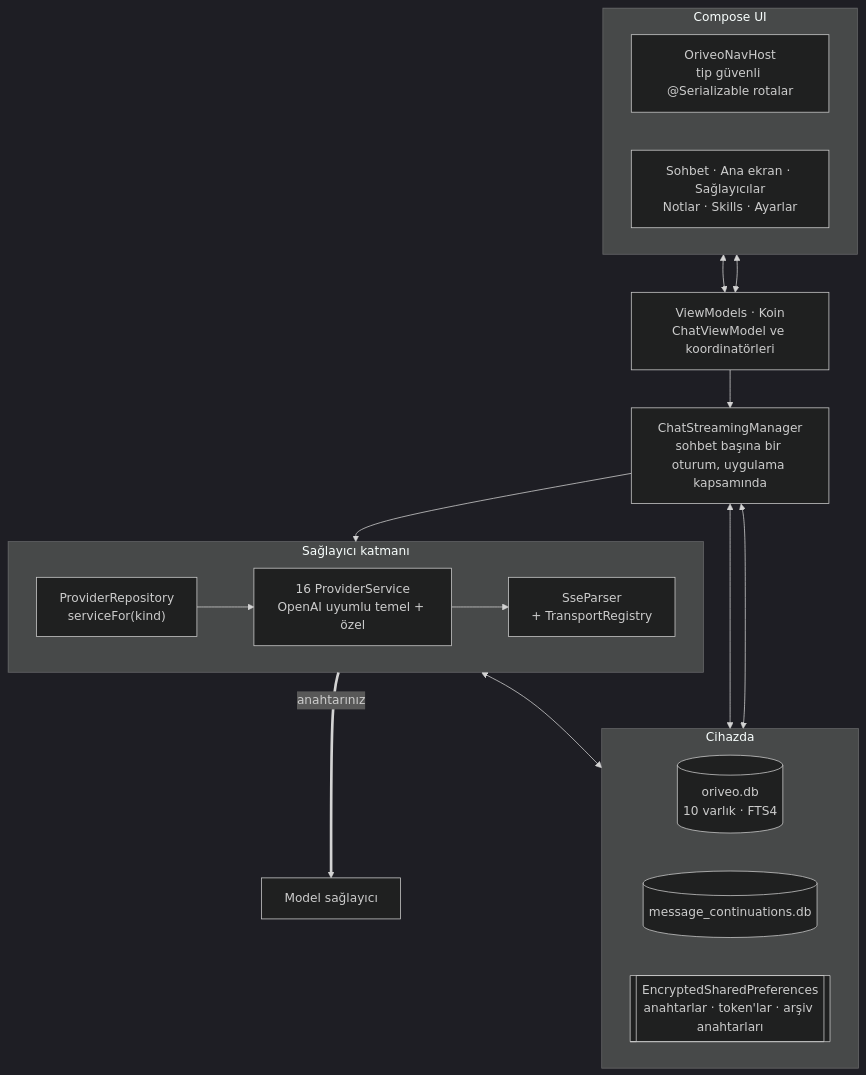
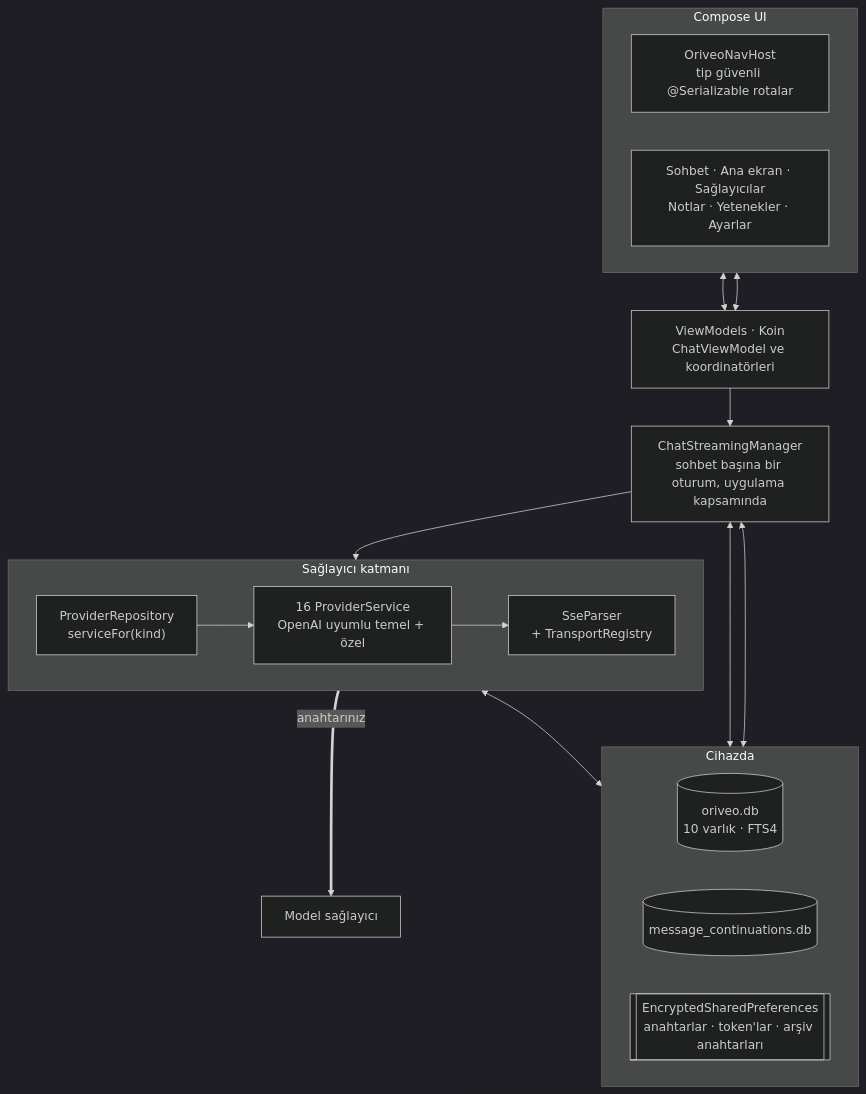
The diagram in readme_i18n/tr/android.md (oriveo/oriveo), drawn with Mermaid (dark theme) before and after one commit. The commit also changed other lines of this file and 89 other files, not shown here.

````diff
--- a/readme_i18n/tr/android.md
+++ b/readme_i18n/tr/android.md
@@ -47,34 +47,34 @@
 ```mermaid
 flowchart TB
     subgraph ui ["Compose UI"]
         direction LR
         nav["OriveoNavHost<br/>tip güvenli @Serializable rotalar"]
-        screens["Sohbet · Ana ekran · Sağlayıcılar<br/>Notlar · Skills · Ayarlar"]
+        screens["Sohbet · Ana ekran · Sağlayıcılar<br/>Notlar · Yetenekler · Ayarlar"]
     end
 
     vms["ViewModels · Koin<br/>ChatViewModel ve koordinatörleri"]
 
     streaming["ChatStreamingManager<br/>sohbet başına bir oturum, uygulama kapsamında"]
 
     subgraph data ["Cihazda"]
         direction LR
         room[("oriveo.db<br/>10 varlık · FTS4")]
         cont[("message_continuations.db")]
         keys[["EncryptedSharedPreferences<br/>anahtarlar · token'lar · arşiv anahtarları"]]
     end
 
     subgraph net ["Sağlayıcı katmanı"]
         direction LR
         repo["ProviderRepository<br/>serviceFor(kind)"]
         svc["16 ProviderService<br/>OpenAI uyumlu temel + özel"]
         sse["SseParser<br/>+ TransportRegistry"]
     end
 
     nav & screens <--> vms
     vms --> streaming
     streaming --> repo
     repo --> svc --> sse
     streaming <--> room & cont
     svc <--> keys
     sse ==>|"anahtarınız"| up["Model sağlayıcı"]
 ```
````
